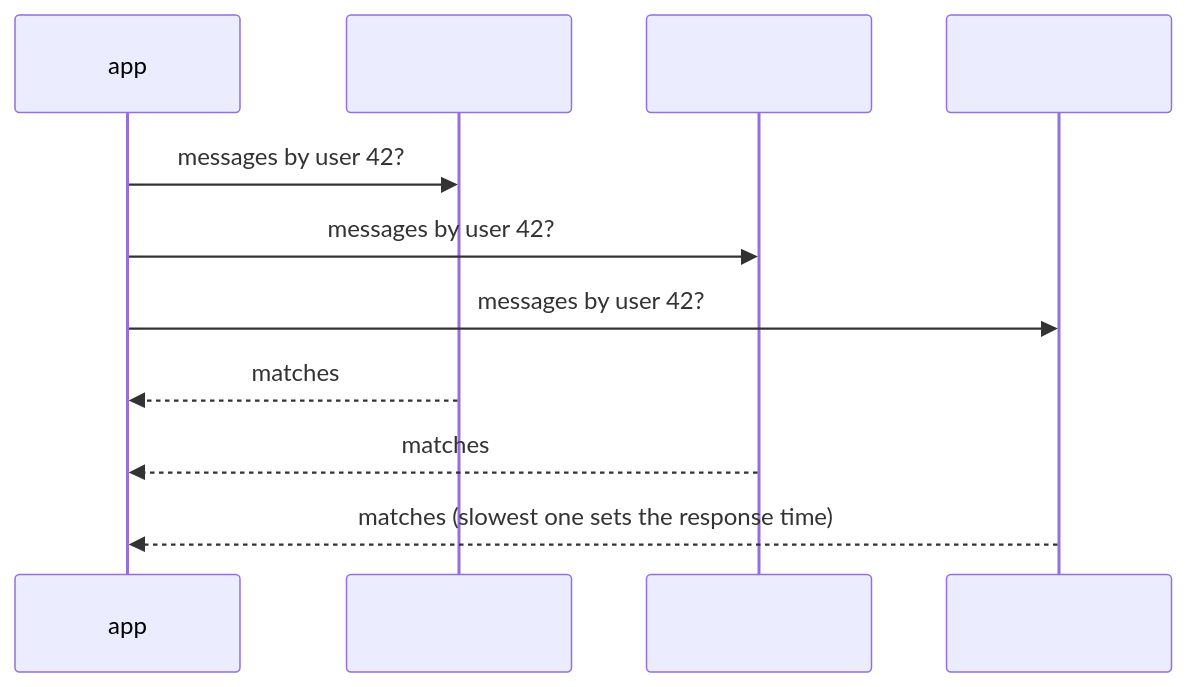
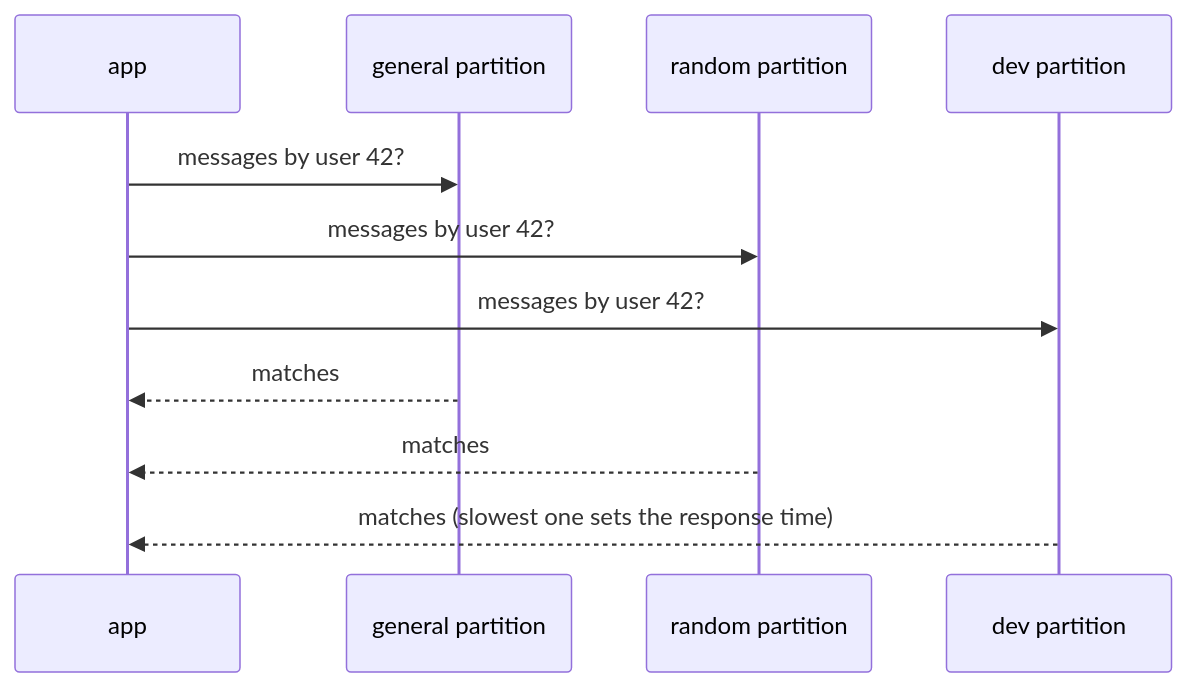
Before and after one commit to amarsingh-me/amarsingh-me.github.io: the diagram in content/blogs/system-design/sql-vs-nosql/index.md, drawn with Mermaid.

Commit message:
Fix empty Mermaid participant labels in SQL vs NoSQL
Mermaid treats a leading # as an entity code and dropped the
#general/#random/#dev labels.

```diff
--- a/content/blogs/system-design/sql-vs-nosql/index.md
+++ b/content/blogs/system-design/sql-vs-nosql/index.md
@@ -39,13 +39,13 @@
 {{< mermaid >}}
 sequenceDiagram
   participant A as app
-  participant G as #general
-  participant R as #random
-  participant D as #dev
+  participant G as general partition
+  participant R as random partition
+  participant D as dev partition
   A->>G: messages by user 42?
   A->>R: messages by user 42?
   A->>D: messages by user 42?
   G-->>A: matches
   R-->>A: matches
   D-->>A: matches (slowest one sets the response time)
 {{< /mermaid >}}
```
